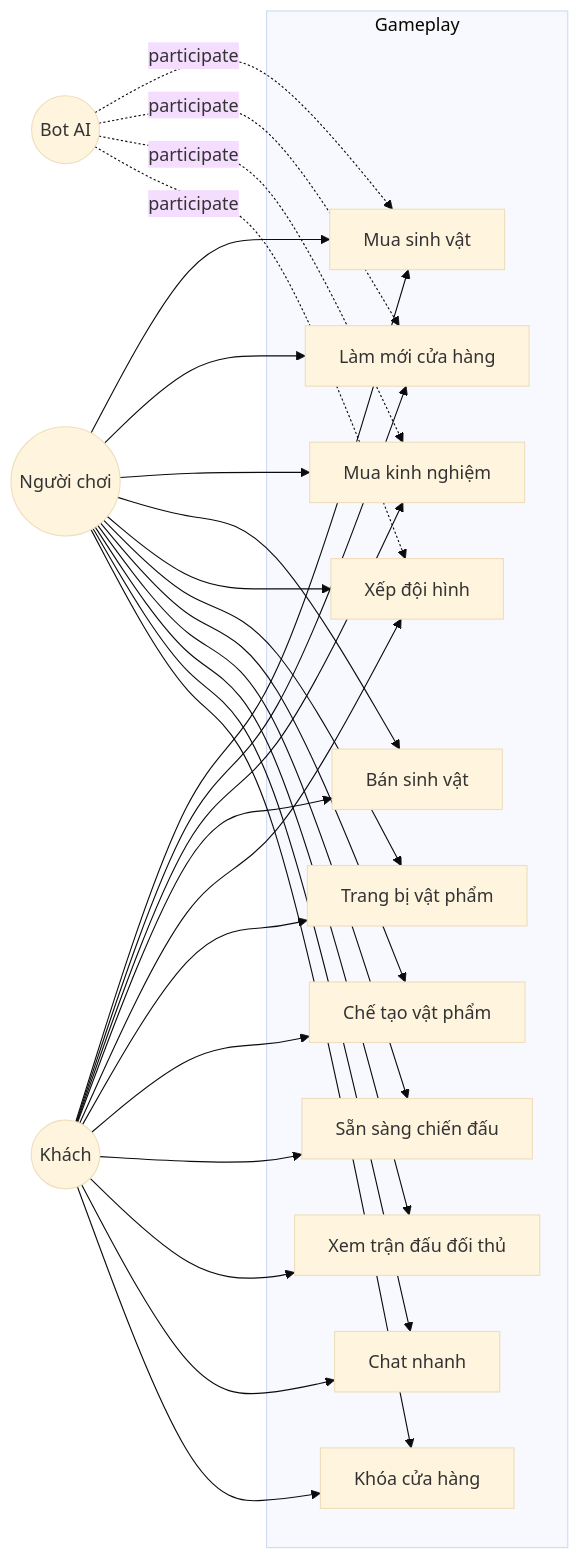
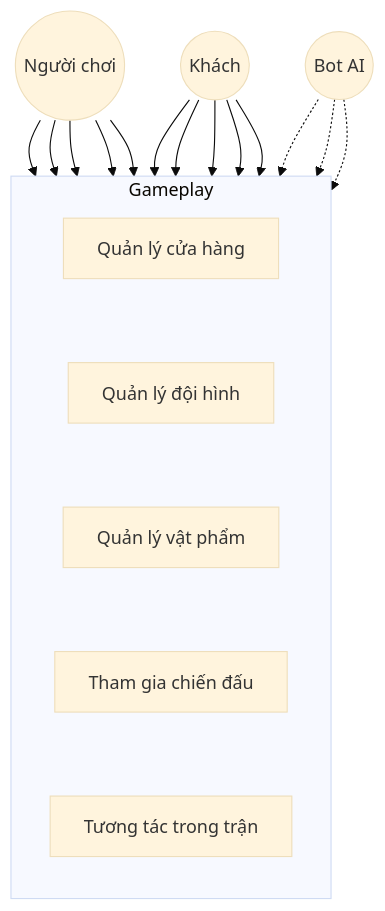
The fifth of 30 diagrams in docs/3.2-PHAN-TICH-THIET-KE-HE-THONG.md (HuyHoang091/creature-chess), drawn with Mermaid (base theme) before and after one commit. The commit also changed other lines of this file and 1 other file, not shown here.

````diff
--- a/docs/3.2-PHAN-TICH-THIET-KE-HE-THONG.md
+++ b/docs/3.2-PHAN-TICH-THIET-KE-HE-THONG.md
@@ -255,49 +261,41 @@
 ```mermaid
-graph LR
+graph TB
+    %% Actor
     Player((Người chơi))
     Guest((Khách))
     AI((Bot AI))
 
-    subgraph "Gameplay"
-        UC1[Mua sinh vật]
-        UC2[Làm mới cửa hàng]
-        UC3[Mua kinh nghiệm]
-        UC4[Bán sinh vật]
-        UC5[Xếp đội hình]
-        UC6[Trang bị vật phẩm]
-        UC7[Chế tạo vật phẩm]
-        UC8[Sẵn sàng chiến đấu]
-        UC9[Xem trận đấu đối thủ]
-        UC10[Chat nhanh]
-        UC11[Khóa cửa hàng]
+    %% Hệ thống Gameplay
+    subgraph Gameplay["Gameplay"]
+        direction TB
+
+        Shop[Quản lý cửa hàng]
+        Team[Quản lý đội hình]
+        Item[Quản lý vật phẩm]
+        Battle[Tham gia chiến đấu]
+        Social[Tương tác trong trận]
+
+        Shop ~~~ Team
+        Team ~~~ Item
+        Item ~~~ Battle
+        Battle ~~~ Social
     end
 
-    Player --> UC1
-    Player --> UC2
-    Player --> UC3
-    Player --> UC4
-    Player --> UC5
-    Player --> UC6
-    Player --> UC7
-    Player --> UC8
-    Player --> UC9
-    Player --> UC10
-    Player --> UC11
+    %% Người chơi và khách đều có thể chơi gameplay
+    Player --> Shop
+    Player --> Team
+    Player --> Item
+    Player --> Battle
+    Player --> Social
 
-    Guest --> UC1
-    Guest --> UC2
-    Guest --> UC3
-    Guest --> UC4
-    Guest --> UC5
-    Guest --> UC6
-    Guest --> UC7
-    Guest --> UC8
-    Guest --> UC9
-    Guest --> UC10
-    Guest --> UC11
+    Guest --> Shop
+    Guest --> Team
+    Guest --> Item
+    Guest --> Battle
+    Guest --> Social
 
-    AI -.participate.-> UC1
-    AI -.participate.-> UC2
-    AI -.participate.-> UC3
-    AI -.participate.-> UC5
+    %% Bot AI tham gia vào gameplay chính
+    AI -.-> Shop
+    AI -.-> Team
+    AI -.-> Battle
 ```
````
